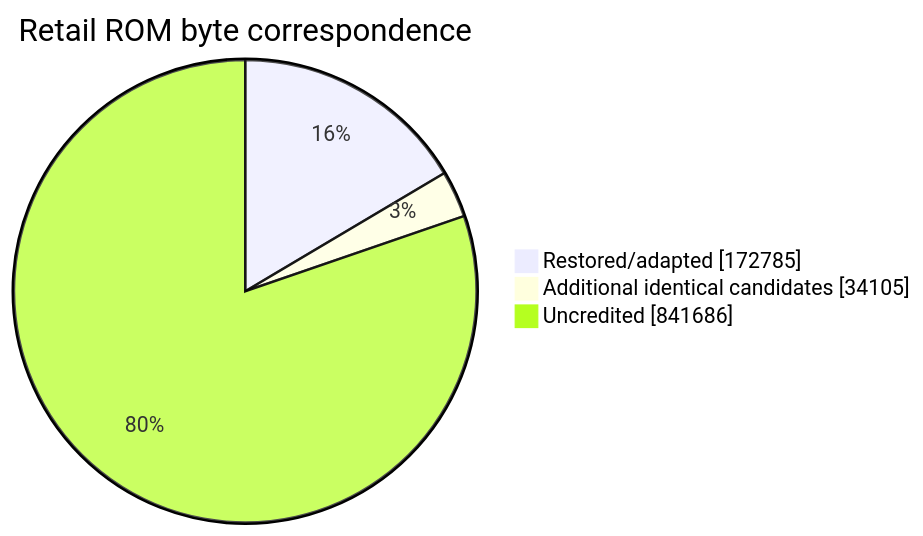
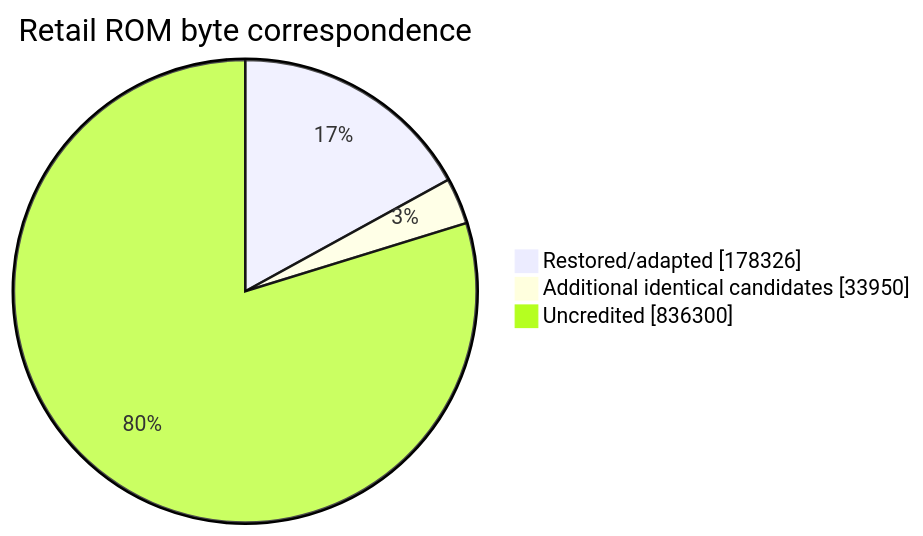
Before and after one commit to NachtRaveVL/stuntracefx: the second of 2 diagrams in readme.md, drawn with Mermaid. The commit also changed other lines of this file and 7 other files, not shown here.

````diff
--- a/readme.md
+++ b/readme.md
@@ -108,7 +108,7 @@
 ```mermaid
 pie showData
     title Retail ROM byte correspondence
-    "Restored/adapted" : 172785
-    "Additional identical candidates" : 34105
-    "Uncredited" : 841686
+    "Restored/adapted" : 178326
+    "Additional identical candidates" : 33950
+    "Uncredited" : 836300
 ```
````
